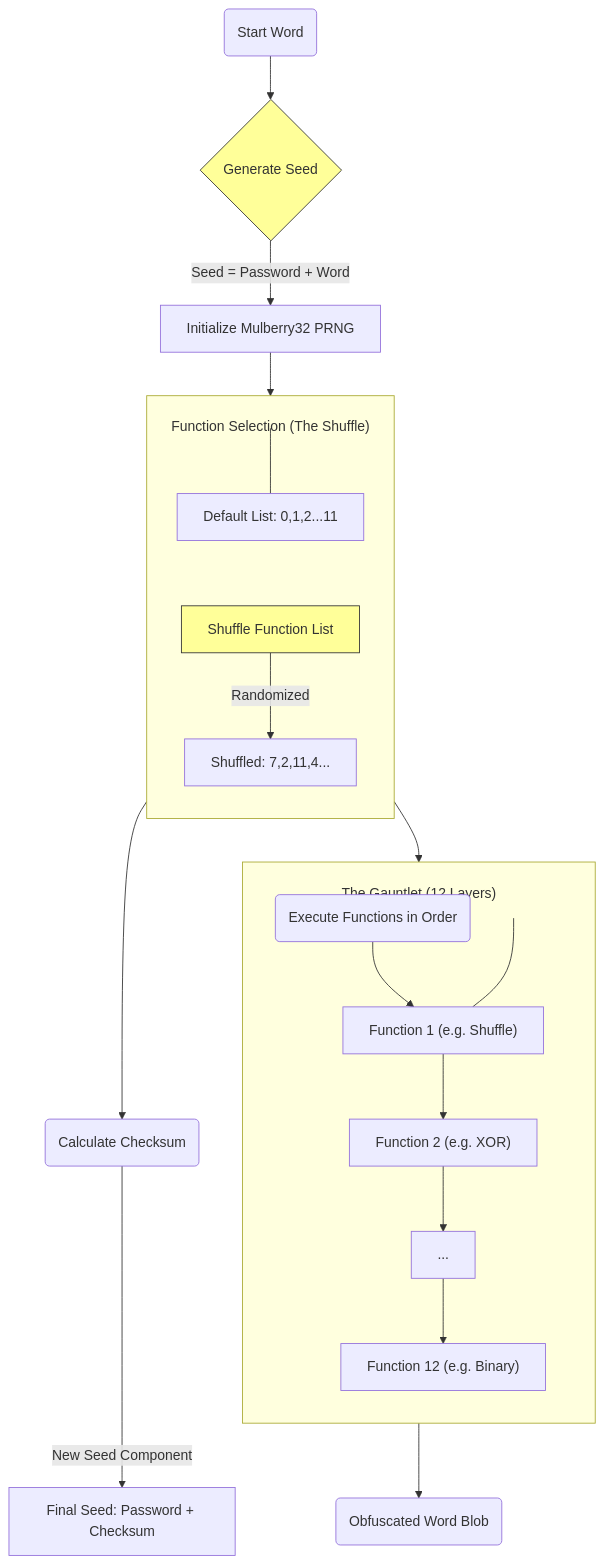
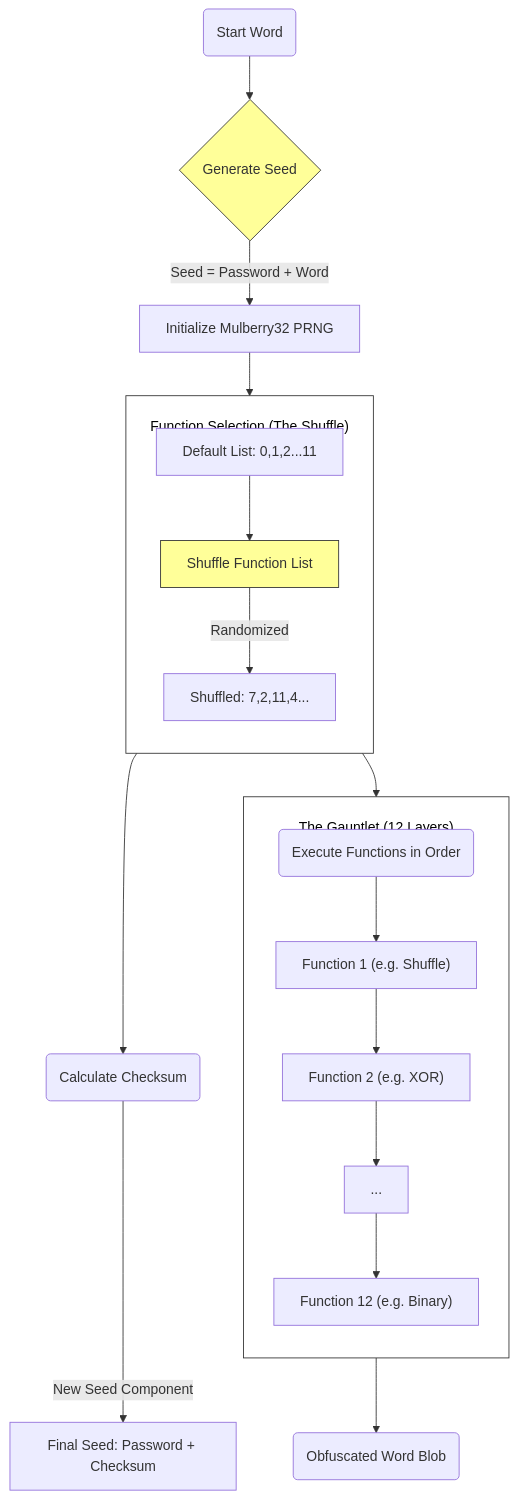
Before and after one commit to Kryklin/darkstar: the second of 6 diagrams in DARKSTAR_ARCHITECTURE.md, drawn with Mermaid.

````diff
--- a/DARKSTAR_ARCHITECTURE.md
+++ b/DARKSTAR_ARCHITECTURE.md
@@ -57,49 +57,42 @@
 ```mermaid
 flowchart TD
     Start(Start Word) --> SeedGen{Generate Seed}
     SeedGen -->|Seed = Password + Word| PRNG[Initialize Mulberry32 PRNG]
     
     PRNG --> ShuffleStep
     
     subgraph Selection ["Function Selection (The Shuffle)"]
         direction TB
-        %% Invisible spacer to push content down from title
-        Spacer1[ ]:::hidden
         
+        %% Placing 'DefaultList' first to sit under the title
         DefaultList[Default List: 0,1,2...11]
         ShuffleStep[Shuffle Function List]
         ShuffledList[Shuffled: 7,2,11,4...]
         
-        Spacer1 --- DefaultList
-        DefaultList ~~~ ShuffleStep
+        DefaultList --> ShuffleStep
         ShuffleStep -->|Randomized| ShuffledList
     end
     
     ShuffledList --> Checksum(Calculate Checksum)
     Checksum -->|New Seed Component| CombinedSeed[Final Seed: Password + Checksum]
     
     ShuffledList --> Loop(Execute Functions in Order)
     
     subgraph Gauntlet ["The Gauntlet (12 Layers)"]
         direction TB
-        %% Invisible spacer
-        Spacer2[ ]:::hidden
         
         Loop --> F1["Function 1 (e.g. Shuffle)"]
         F1 --> F2["Function 2 (e.g. XOR)"]
         F2 --> FN["..."]
         FN --> F12["Function 12 (e.g. Binary)"]
-        
-        Spacer2 --- F1
     end
     
     F12 --> Result(Obfuscated Word Blob)
     
     style SeedGen fill:#ff9,stroke:#333
     style ShuffleStep fill:#ff9,stroke:#333
 
-    %% Styling to hide spacers and add padding
-    classDef hidden display:none;
-    classDef spaced padding:20px;
+    %% Styling for spacing and readability
+    classDef spaced fill:#fff,stroke:#333,color:#000,padding:20px;
     class Selection,Gauntlet spaced;
 ```
````
